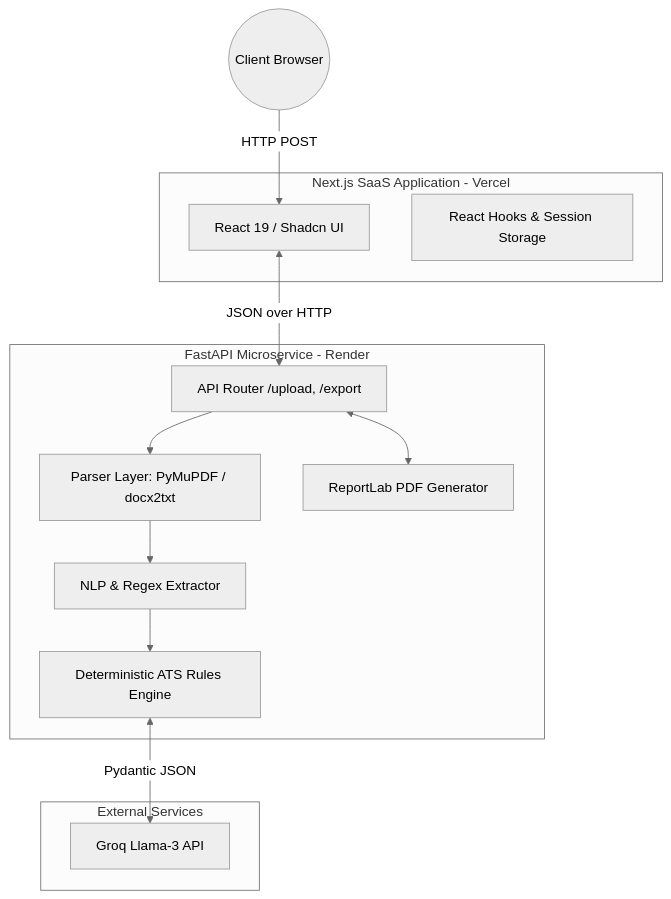
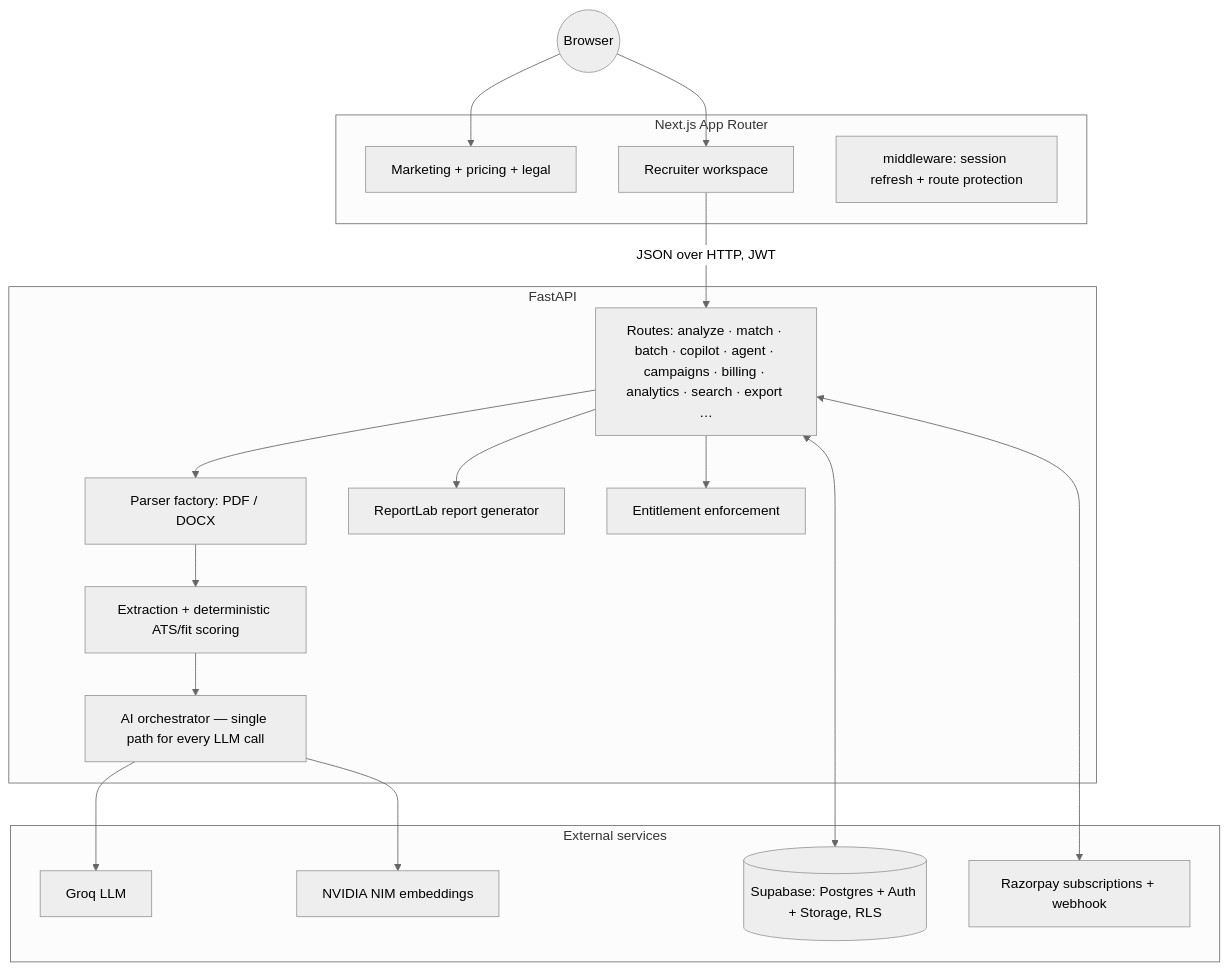
The second of 2 diagrams in README.md (ShrijalGoswami/Resume-Parser), drawn with Mermaid (neutral theme) before and after one commit. The commit also changed other lines of this file, not shown here.

````diff
--- a/README.md
+++ b/README.md
@@ -90,29 +90,37 @@
 ```mermaid
 graph TD
-    Client((Client Browser))
-    
-    subgraph Frontend [Next.js SaaS Application - Vercel]
-        UI[React 19 / Shadcn UI]
-        State[React Hooks & Session Storage]
+    Client((Browser))
+
+    subgraph Frontend [Next.js App Router]
+        MKT[Marketing + pricing + legal]
+        APPUI[Recruiter workspace]
+        MW[middleware: session refresh + route protection]
     end
-    
-    subgraph Backend [FastAPI Microservice - Render]
-        API[API Router /upload, /export]
-        Parser[Parser Layer: PyMuPDF / docx2txt]
-        Extract[NLP & Regex Extractor]
-        Scorer[Deterministic ATS Rules Engine]
-        PDF[ReportLab PDF Generator]
+
+    subgraph Backend [FastAPI]
+        Routes[Routes: analyze · match · batch · copilot · agent · campaigns · billing · analytics · search · export …]
+        Parser[Parser factory: PDF / DOCX]
+        NLP[Extraction + deterministic ATS/fit scoring]
+        Orch[AI orchestrator — single path for every LLM call]
+        PDFGen[ReportLab report generator]
+        Ent[Entitlement enforcement]
     end
-    
-    subgraph External [External Services]
-        Groq[Groq Llama-3 API]
+
+    subgraph Services [External services]
+        Groq[Groq LLM]
+        NIM[NVIDIA NIM embeddings]
+        SB[(Supabase: Postgres + Auth + Storage, RLS)]
+        RZP[Razorpay subscriptions + webhook]
     end
-    
-    Client -->|HTTP POST| UI
-    UI <-->|JSON over HTTP| API
-    API --> Parser
-    Parser --> Extract
-    Extract --> Scorer
-    Scorer <-->|Pydantic JSON| Groq
-    API <--> PDF
+
+    Client --> MKT
+    Client --> APPUI
+    APPUI -->|JSON over HTTP, JWT| Routes
+    Routes --> Parser --> NLP
+    NLP --> Orch --> Groq
+    Routes --> PDFGen
+    Routes --> Ent
+    Routes <--> SB
+    Routes <--> RZP
+    Orch --> NIM
 ```
````
